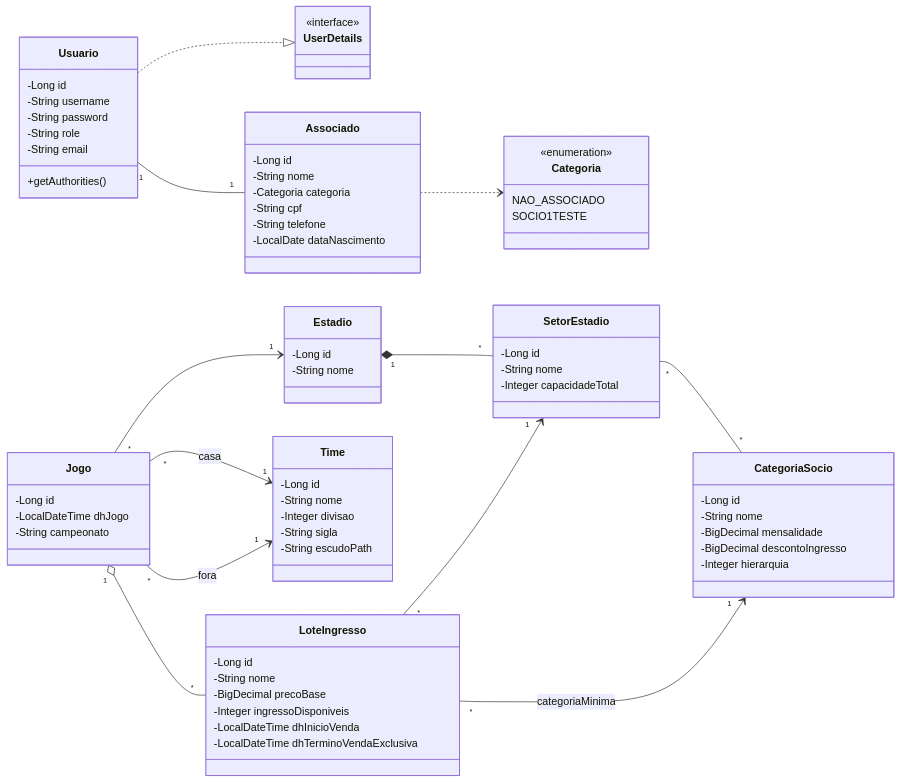
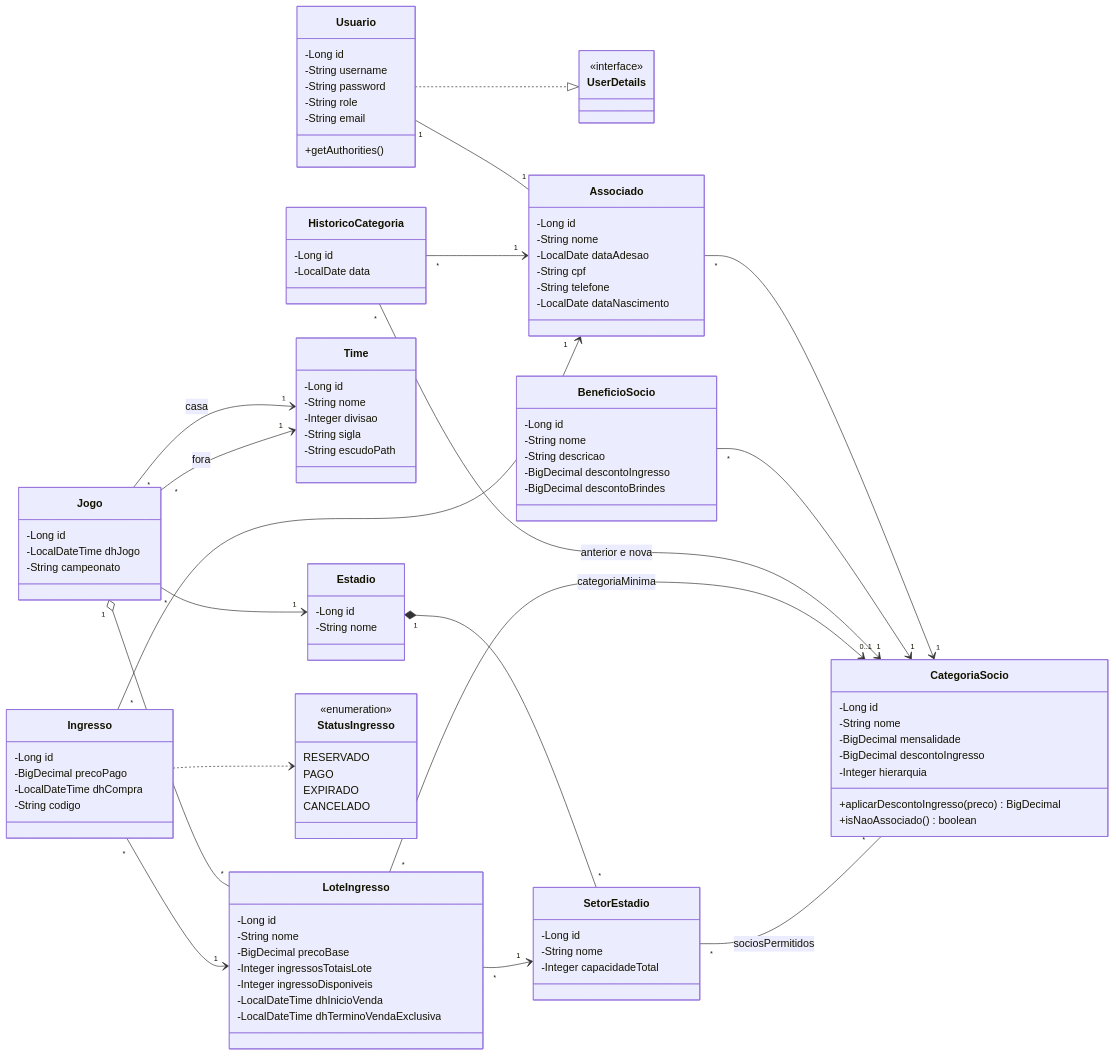
One commit to OlavoAppel/LPOO-Gestao-Socio-Torcedores changed the diagram in docs/diagramas/classes-dominio.mmd. Above: the diagram before and after it, drawn with Mermaid. The commit also changed 11 other files, not shown here.

```diff
--- a/docs/diagramas/classes-dominio.mmd
+++ b/docs/diagramas/classes-dominio.mmd
@@ -1,73 +1,101 @@
 classDiagram
 direction LR
 class UserDetails {
   <<interface>>
 }
 class Usuario {
   -Long id
   -String username
   -String password
   -String role
   -String email
   +getAuthorities()
 }
 class Associado {
   -Long id
   -String nome
-  -Categoria categoria
+  -LocalDate dataAdesao
   -String cpf
   -String telefone
   -LocalDate dataNascimento
 }
-class Categoria {
-  <<enumeration>>
-  NAO_ASSOCIADO
-  SOCIO1TESTE
+class CategoriaSocio {
+  -Long id
+  -String nome
+  -BigDecimal mensalidade
+  -BigDecimal descontoIngresso
+  -Integer hierarquia
+  +aplicarDescontoIngresso(preco) BigDecimal
+  +isNaoAssociado() boolean
+}
+class BeneficioSocio {
+  -Long id
+  -String nome
+  -String descricao
+  -BigDecimal descontoIngresso
+  -BigDecimal descontoBrindes
+}
+class HistoricoCategoria {
+  -Long id
+  -LocalDate data
 }
 class Jogo {
   -Long id
   -LocalDateTime dhJogo
   -String campeonato
 }
 class Time {
   -Long id
   -String nome
   -Integer divisao
   -String sigla
   -String escudoPath
 }
 class Estadio {
   -Long id
   -String nome
 }
 class SetorEstadio {
   -Long id
   -String nome
   -Integer capacidadeTotal
 }
 class LoteIngresso {
   -Long id
   -String nome
   -BigDecimal precoBase
+  -Integer ingressosTotaisLote
   -Integer ingressoDisponiveis
   -LocalDateTime dhInicioVenda
   -LocalDateTime dhTerminoVendaExclusiva
 }
-class CategoriaSocio {
+class Ingresso {
   -Long id
-  -String nome
-  -BigDecimal mensalidade
-  -BigDecimal descontoIngresso
-  -Integer hierarquia
+  -BigDecimal precoPago
+  -LocalDateTime dhCompra
+  -String codigo
+}
+class StatusIngresso {
+  <<enumeration>>
+  RESERVADO
+  PAGO
+  EXPIRADO
+  CANCELADO
 }
 Usuario ..|> UserDetails
 Usuario "1" -- "1" Associado
-Associado ..> Categoria
+Associado "*" --> "1" CategoriaSocio
+BeneficioSocio "*" --> "1" CategoriaSocio
+HistoricoCategoria "*" --> "1" Associado
+HistoricoCategoria "*" --> "1" CategoriaSocio : anterior e nova
 Jogo "*" --> "1" Estadio
 Jogo "*" --> "1" Time : casa
 Jogo "*" --> "1" Time : fora
 Jogo "1" o-- "*" LoteIngresso
 Estadio "1" *-- "*" SetorEstadio
 LoteIngresso "*" --> "1" SetorEstadio
-LoteIngresso "*" --> "1" CategoriaSocio : categoriaMinima
-SetorEstadio "*" -- "*" CategoriaSocio
+LoteIngresso "*" --> "0..1" CategoriaSocio : categoriaMinima
+SetorEstadio "*" -- "*" CategoriaSocio : sociosPermitidos
+Ingresso "*" --> "1" Associado
+Ingresso "*" --> "1" LoteIngresso
+Ingresso ..> StatusIngresso
```
